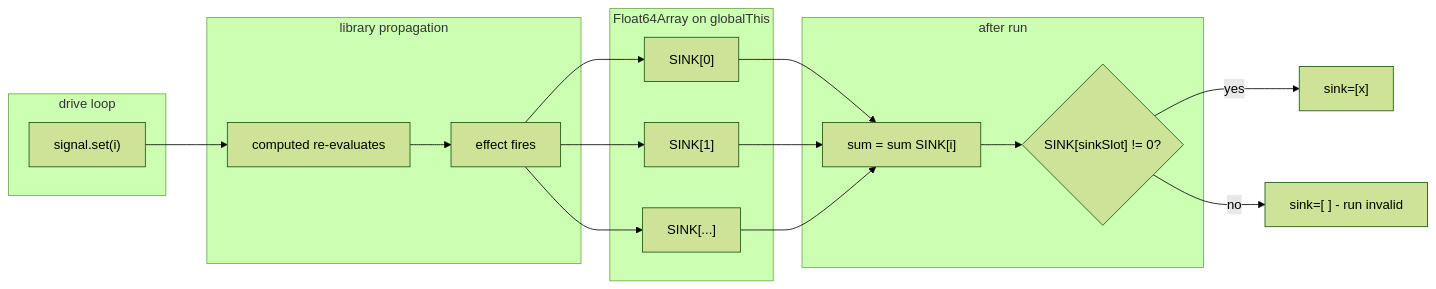
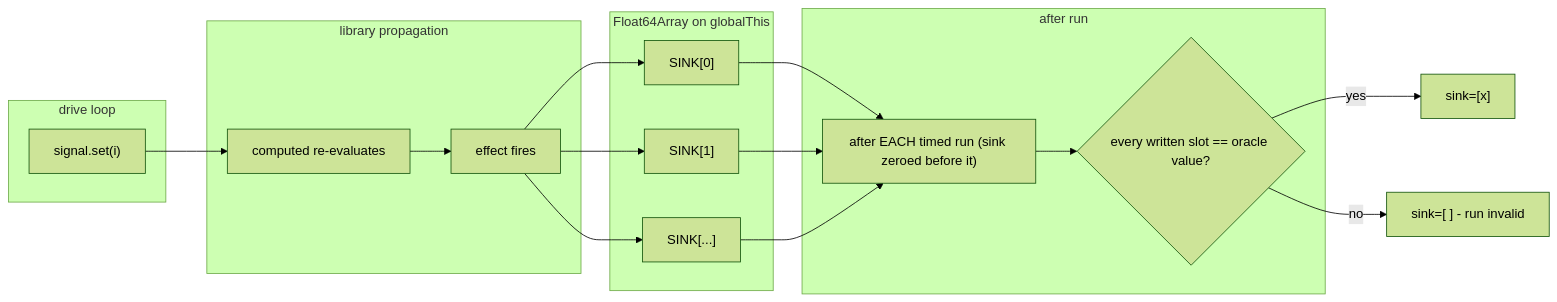
Before and after one commit to PeshoVurtoleta/lite-signal: the second of 6 diagrams in bench/torture/README.md, drawn with Mermaid (forest theme). The commit also changed other lines of this file and 10 other files, not shown here.

````diff
--- a/bench/torture/README.md
+++ b/bench/torture/README.md
@@ -66,32 +66,32 @@
 ```mermaid
 graph LR
     subgraph DRIVE["drive loop"]
         D["signal.set(i)"]
     end
 
     subgraph LIB["library propagation"]
         C1["computed re-evaluates"]
         C2["effect fires"]
     end
 
     subgraph SINK["Float64Array on globalThis"]
         S0["SINK[0]"]
         S1["SINK[1]"]
         SN["SINK[...]"]
     end
 
     subgraph VALIDATE["after run"]
-        SUM["sum = sum SINK[i]"]
-        CHECK{"SINK[sinkSlot] != 0?"}
+        SUM["after EACH timed run (sink zeroed before it)"]
+        CHECK{"every written slot == oracle value?"}
     end
 
     D --> C1 --> C2 --> S0
     C2 --> S1
     C2 --> SN
     S0 --> SUM
     S1 --> SUM
     SN --> SUM
     SUM --> CHECK
     CHECK -->|yes| OK["sink=[x]"]
     CHECK -->|no| FAIL["sink=[ ] - run invalid"]
 ```
````
